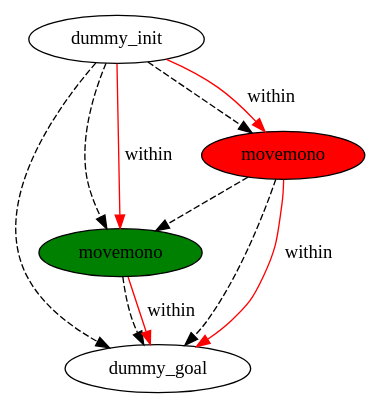
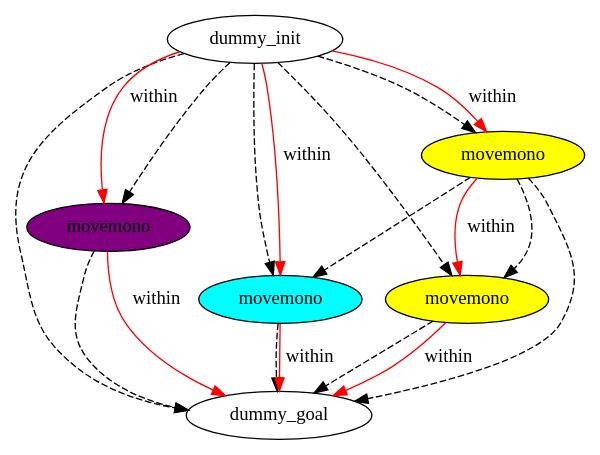
One commit to PetervDooren/PyDPOCL changed the diagram in plans/manipulation-domain/test_42_problem-plan_0.dot. Above: the diagram before and after it, drawn with Graphviz. The commit also changed 799 other files, not shown here.

```diff
--- a/plans/manipulation-domain/test_42_problem-plan_0.dot
+++ b/plans/manipulation-domain/test_42_problem-plan_0.dot
@@ -1,16 +1,26 @@
 digraph {
-	"5d1dd80b-c6ce-b92e-8b9a-6f5f86c049de" [label=dummy_init fillcolor=white style=filled]
-	"47a54a59-8f00-c549-937b-dad6d4b36fc6" [label=dummy_goal fillcolor=white style=filled]
-	"4e14dfc8-074b-3661-b2aa-6cbed683cbc4" [label=movemono fillcolor=green style=filled]
-	"c8bdf2fc-e527-9aa3-37b0-040c8e4a30b6" [label=movemono fillcolor=red style=filled]
-	"5d1dd80b-c6ce-b92e-8b9a-6f5f86c049de" -> "c8bdf2fc-e527-9aa3-37b0-040c8e4a30b6" [color=black style=dashed]
-	"5d1dd80b-c6ce-b92e-8b9a-6f5f86c049de" -> "47a54a59-8f00-c549-937b-dad6d4b36fc6" [color=black style=dashed]
-	"5d1dd80b-c6ce-b92e-8b9a-6f5f86c049de" -> "4e14dfc8-074b-3661-b2aa-6cbed683cbc4" [color=black style=dashed]
-	"4e14dfc8-074b-3661-b2aa-6cbed683cbc4" -> "47a54a59-8f00-c549-937b-dad6d4b36fc6" [color=black style=dashed]
-	"c8bdf2fc-e527-9aa3-37b0-040c8e4a30b6" -> "47a54a59-8f00-c549-937b-dad6d4b36fc6" [color=black style=dashed]
-	"c8bdf2fc-e527-9aa3-37b0-040c8e4a30b6" -> "4e14dfc8-074b-3661-b2aa-6cbed683cbc4" [color=black style=dashed]
-	"5d1dd80b-c6ce-b92e-8b9a-6f5f86c049de" -> "4e14dfc8-074b-3661-b2aa-6cbed683cbc4" [label=within color=red]
-	"5d1dd80b-c6ce-b92e-8b9a-6f5f86c049de" -> "c8bdf2fc-e527-9aa3-37b0-040c8e4a30b6" [label=within color=red]
-	"4e14dfc8-074b-3661-b2aa-6cbed683cbc4" -> "47a54a59-8f00-c549-937b-dad6d4b36fc6" [label=within color=red]
-	"c8bdf2fc-e527-9aa3-37b0-040c8e4a30b6" -> "47a54a59-8f00-c549-937b-dad6d4b36fc6" [label=within color=red]
+	"2c5cda28-86b0-e8fd-6fb1-22095d384b5d" [label=dummy_init fillcolor=white style=filled]
+	"6875590d-9f73-d338-3997-2423204a3b6b" [label=dummy_goal fillcolor=white style=filled]
+	"55119c5a-f1a8-f37c-5bf4-914b326bbe3d" [label=movemono fillcolor=purple style=filled]
+	"641b94d0-cd7f-fb2b-3414-0457346e1858" [label=movemono fillcolor=cyan style=filled]
+	"0c333741-478a-7fa3-9a1f-b9e2f93fc868" [label=movemono fillcolor=yellow style=filled]
+	"cf463e1a-52cd-87b6-2bec-e846672644ee" [label=movemono fillcolor=yellow style=filled]
+	"2c5cda28-86b0-e8fd-6fb1-22095d384b5d" -> "55119c5a-f1a8-f37c-5bf4-914b326bbe3d" [color=black style=dashed]
+	"0c333741-478a-7fa3-9a1f-b9e2f93fc868" -> "6875590d-9f73-d338-3997-2423204a3b6b" [color=black style=dashed]
+	"2c5cda28-86b0-e8fd-6fb1-22095d384b5d" -> "cf463e1a-52cd-87b6-2bec-e846672644ee" [color=black style=dashed]
+	"641b94d0-cd7f-fb2b-3414-0457346e1858" -> "6875590d-9f73-d338-3997-2423204a3b6b" [color=black style=dashed]
+	"2c5cda28-86b0-e8fd-6fb1-22095d384b5d" -> "6875590d-9f73-d338-3997-2423204a3b6b" [color=black style=dashed]
+	"2c5cda28-86b0-e8fd-6fb1-22095d384b5d" -> "0c333741-478a-7fa3-9a1f-b9e2f93fc868" [color=black style=dashed]
+	"cf463e1a-52cd-87b6-2bec-e846672644ee" -> "6875590d-9f73-d338-3997-2423204a3b6b" [color=black style=dashed]
+	"cf463e1a-52cd-87b6-2bec-e846672644ee" -> "0c333741-478a-7fa3-9a1f-b9e2f93fc868" [color=black style=dashed]
+	"55119c5a-f1a8-f37c-5bf4-914b326bbe3d" -> "6875590d-9f73-d338-3997-2423204a3b6b" [color=black style=dashed]
+	"cf463e1a-52cd-87b6-2bec-e846672644ee" -> "641b94d0-cd7f-fb2b-3414-0457346e1858" [color=black style=dashed]
+	"2c5cda28-86b0-e8fd-6fb1-22095d384b5d" -> "641b94d0-cd7f-fb2b-3414-0457346e1858" [color=black style=dashed]
+	"641b94d0-cd7f-fb2b-3414-0457346e1858" -> "6875590d-9f73-d338-3997-2423204a3b6b" [label=within color=red]
+	"cf463e1a-52cd-87b6-2bec-e846672644ee" -> "0c333741-478a-7fa3-9a1f-b9e2f93fc868" [label=within color=red]
+	"0c333741-478a-7fa3-9a1f-b9e2f93fc868" -> "6875590d-9f73-d338-3997-2423204a3b6b" [label=within color=red]
+	"2c5cda28-86b0-e8fd-6fb1-22095d384b5d" -> "cf463e1a-52cd-87b6-2bec-e846672644ee" [label=within color=red]
+	"55119c5a-f1a8-f37c-5bf4-914b326bbe3d" -> "6875590d-9f73-d338-3997-2423204a3b6b" [label=within color=red]
+	"2c5cda28-86b0-e8fd-6fb1-22095d384b5d" -> "641b94d0-cd7f-fb2b-3414-0457346e1858" [label=within color=red]
+	"2c5cda28-86b0-e8fd-6fb1-22095d384b5d" -> "55119c5a-f1a8-f37c-5bf4-914b326bbe3d" [label=within color=red]
 }
```
